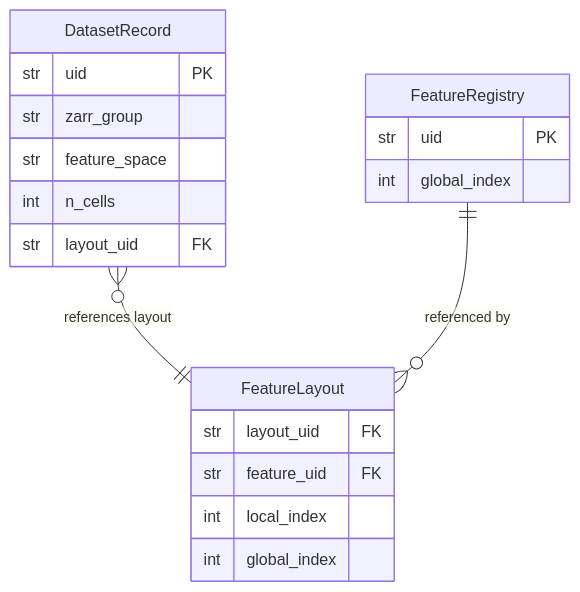
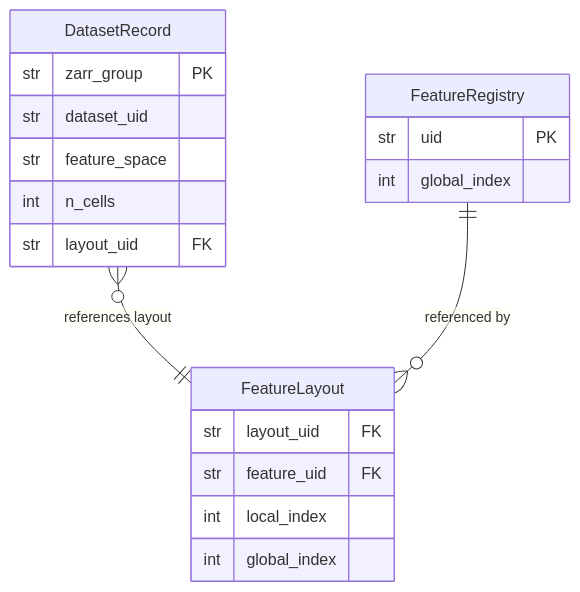
One commit to epiblastai/homeobox changed the third of 4 diagrams in docs/data_structure.md. Above: the diagram before and after it, drawn with Mermaid. The commit also changed other lines of this file and 3 other files, not shown here.

First line of the commit message:
docs: document DatasetRecord.dataset_uid and zarr_group PK

````diff
--- a/docs/data_structure.md
+++ b/docs/data_structure.md
@@ -188,22 +188,22 @@
 ```mermaid
 erDiagram
     DatasetRecord {
-        str uid PK
-        str zarr_group
+        str zarr_group PK
+        str dataset_uid
         str feature_space
         int n_cells
         str layout_uid FK
     }
     FeatureRegistry {
         str uid PK
         int global_index
     }
     FeatureLayout {
         str layout_uid FK
         str feature_uid FK
         int local_index
         int global_index
     }
     DatasetRecord }o--|| FeatureLayout : "references layout"
     FeatureRegistry ||--o{ FeatureLayout : "referenced by"
 ```
````
